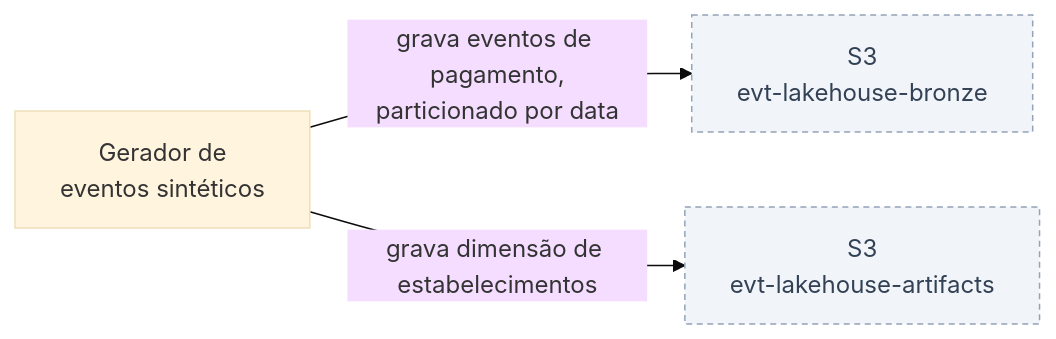
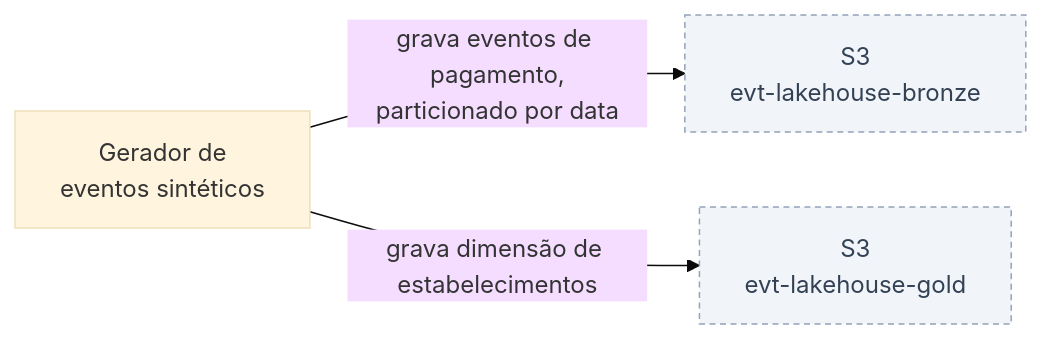
One commit to carlosr-data2/lakehouse-de-eventos-de-pagamento-com-contrato-de-dados changed the fourth of 8 diagrams in README.md. Above: the diagram before and after it, drawn with Mermaid (base theme). The commit also changed other lines of this file, not shown here.

````diff
--- a/README.md
+++ b/README.md
@@ -1101,11 +1101,11 @@
 ```mermaid
 flowchart LR
     fonte["Gerador de<br/>eventos sintéticos"]
     bronze["S3<br/>evt-lakehouse-bronze"]
-    artifacts["S3<br/>evt-lakehouse-artifacts"]
+    gold["S3<br/>evt-lakehouse-gold"]
     fonte -->|grava eventos de pagamento,<br/>particionado por data| bronze
-    fonte -->|grava dimensão de estabelecimentos| artifacts
+    fonte -->|grava dimensão de estabelecimentos| gold
     classDef novo fill:#dbeafe,stroke:#1d4ed8,stroke-width:2px,color:#1e3a5f
     classDef existente fill:#f1f5f9,stroke:#94a3b8,stroke-width:1px,stroke-dasharray:4 3,color:#334155
-    class bronze,artifacts existente
+    class bronze,gold existente
 ```
````
